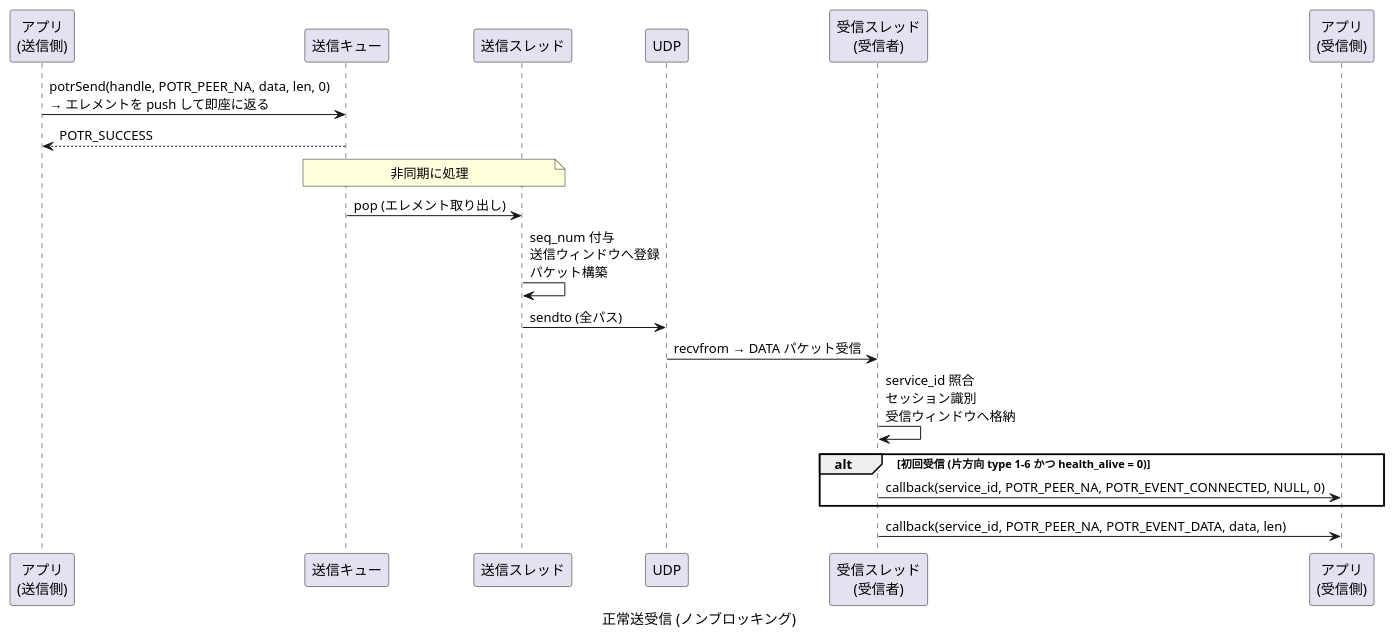
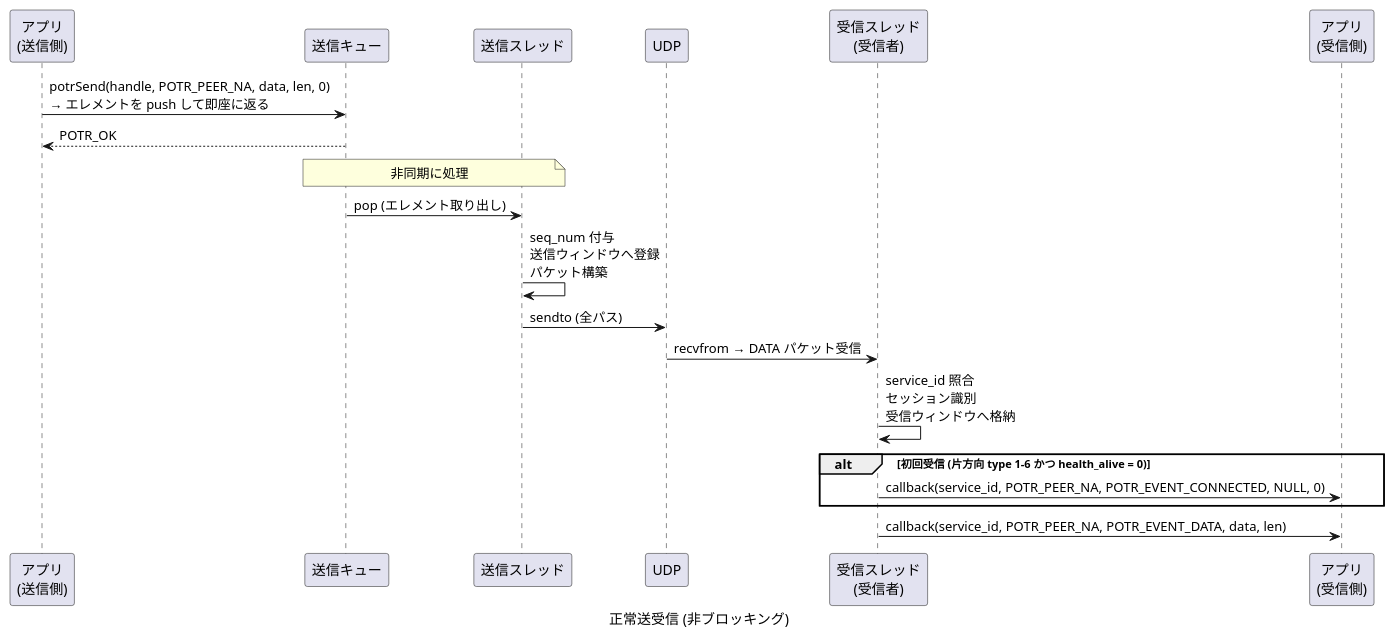
The third of 30 diagrams in docs/sequence.md (Hondarer/app_porter), drawn with PlantUML before and after one commit. The commit also changed other lines of this file and 61 other files, not shown here.

````diff
--- a/docs/sequence.md
+++ b/docs/sequence.md
@@ -81,31 +81,31 @@
 ```plantuml
-@startuml 正常送受信 (ノンブロッキング)
-caption 正常送受信 (ノンブロッキング)
+@startuml 正常送受信 (非ブロッキング)
+caption 正常送受信 (非ブロッキング)
 
 participant "アプリ\n(送信側)" as SAPP
 participant "送信キュー" as Q
 participant "送信スレッド" as ST
 participant "UDP" as UDP
 participant "受信スレッド\n(受信者)" as RRT
 participant "アプリ\n(受信側)" as RAPP
 
 SAPP -> Q: potrSend(handle, POTR_PEER_NA, data, len, 0)\n→ エレメントを push して即座に返る
-SAPP <-- Q: POTR_SUCCESS
+SAPP <-- Q: POTR_OK
 
 note over Q, ST: 非同期に処理
 
 Q -> ST: pop (エレメント取り出し)
 ST -> ST: seq_num 付与\n送信ウィンドウへ登録\nパケット構築
 ST -> UDP: sendto (全パス)
 
 UDP -> RRT: recvfrom → DATA パケット受信
 RRT -> RRT: service_id 照合\nセッション識別\n受信ウィンドウへ格納
 
 alt 初回受信 (片方向 type 1-6 かつ health_alive = 0)
   RRT -> RAPP: callback(service_id, POTR_PEER_NA, POTR_EVENT_CONNECTED, NULL, 0)
 end
 
 RRT -> RAPP: callback(service_id, POTR_PEER_NA, POTR_EVENT_DATA, data, len)
 
 @enduml
 ```
````
